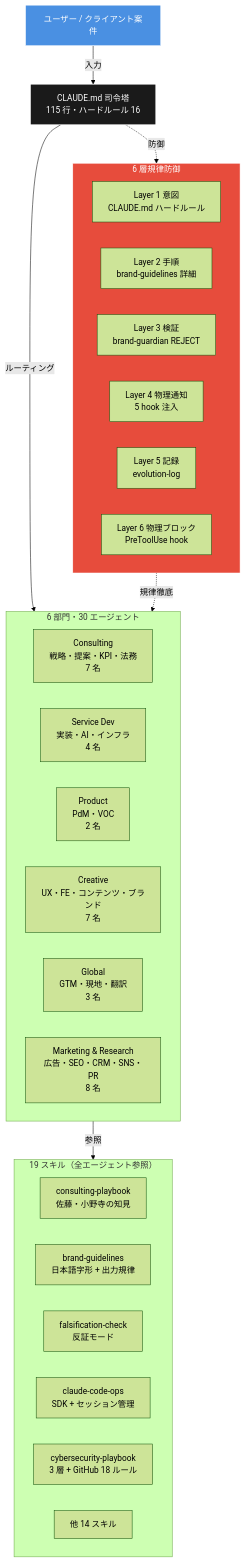
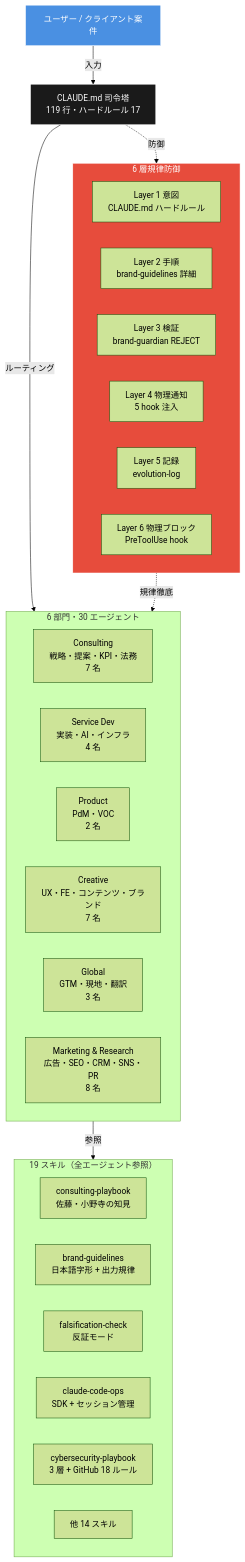
Before and after one commit to nbyk115/consulting-os: the first of 4 diagrams in README.md, drawn with Mermaid (forest theme). The commit also changed other lines of this file and 4 other files, not shown here.

````diff
--- a/README.md
+++ b/README.md
@@ -7,42 +7,42 @@
 ```mermaid
 graph TB
     User[ユーザー / クライアント案件]
-    CLAUDE[CLAUDE.md 司令塔<br/>115 行・ハードルール 16]
+    CLAUDE[CLAUDE.md 司令塔<br/>119 行・ハードルール 17]
 
     subgraph Departments["6 部門・30 エージェント"]
         Consulting[Consulting<br/>戦略・提案・KPI・法務<br/>7 名]
         ServiceDev[Service Dev<br/>実装・AI・インフラ<br/>4 名]
         Product[Product<br/>PdM・VOC<br/>2 名]
         Creative[Creative<br/>UX・FE・コンテンツ・ブランド<br/>7 名]
         Global[Global<br/>GTM・現地・翻訳<br/>3 名]
         Marketing[Marketing & Research<br/>広告・SEO・CRM・SNS・PR<br/>8 名]
     end
 
     subgraph Skills["19 スキル（全エージェント参照）"]
         ConsultingPlaybook[consulting-playbook<br/>佐藤・小野寺の知見]
         BrandGuidelines[brand-guidelines<br/>日本語字形 + 出力規律]
         Falsification[falsification-check<br/>反証モード]
         ClaudeCodeOps[claude-code-ops<br/>SDK + セッション管理]
         Cybersecurity[cybersecurity-playbook<br/>3 層 + GitHub 18 ルール]
         OtherSkills[他 14 スキル]
     end
 
     subgraph Defense["6 層規律防御"]
         L1[Layer 1 意図<br/>CLAUDE.md ハードルール]
         L2[Layer 2 手順<br/>brand-guidelines 詳細]
         L3[Layer 3 検証<br/>brand-guardian REJECT]
         L4[Layer 4 物理通知<br/>5 hook 注入]
         L5[Layer 5 記録<br/>evolution-log]
         L6[Layer 6 物理ブロック<br/>PreToolUse hook]
     end
 
     User -->|入力| CLAUDE
     CLAUDE -->|ルーティング| Departments
     Departments -->|参照| Skills
     CLAUDE -.防御.-> Defense
     Defense -.規律徹底.-> Departments
 
     style CLAUDE fill:#1a1a1a,stroke:#fff,color:#fff
     style User fill:#4a90e2,stroke:#fff,color:#fff
     style Defense fill:#e74c3c,stroke:#fff,color:#fff
 ```
````
